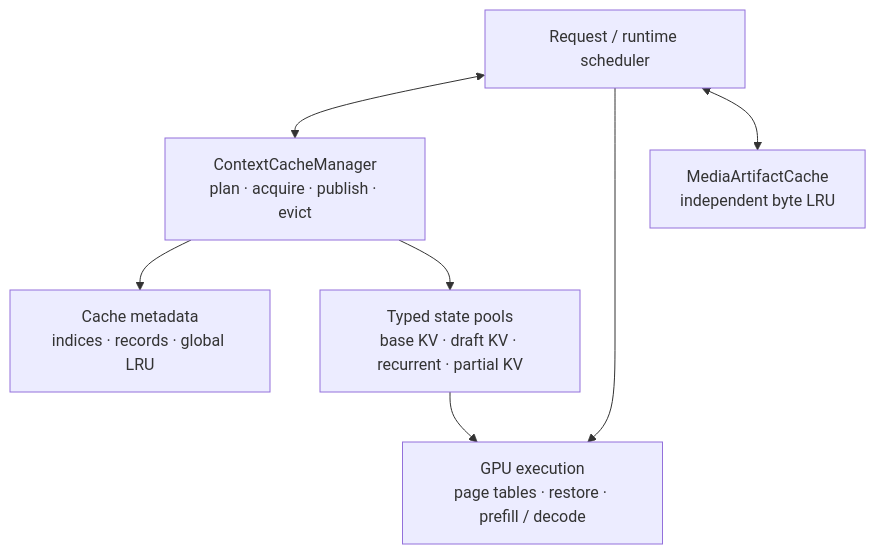
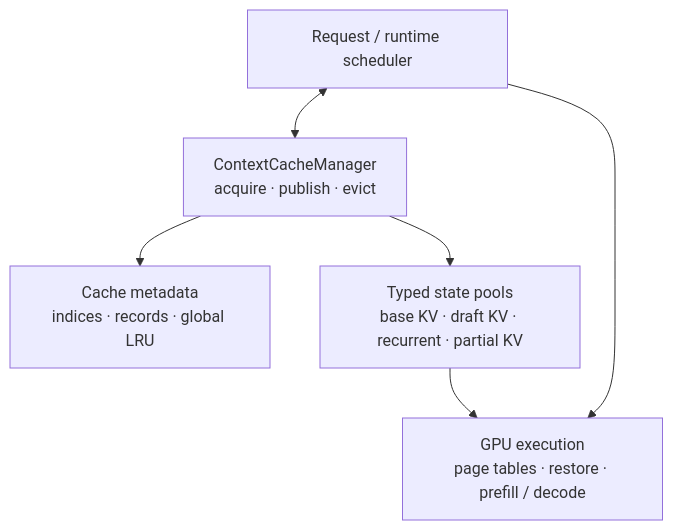
One commit to ConstBob/TensorRT-Edge-LLM changed the first of 3 diagrams in design/in_progress/production_context_cache_design.md. Above: the diagram before and after it, drawn with Mermaid. The commit also changed other lines of this file and 117 other files, not shown here.

````diff
--- a/design/in_progress/production_context_cache_design.md
+++ b/design/in_progress/production_context_cache_design.md
@@ -131,16 +194,13 @@
 ```mermaid
 flowchart TB
     Runtime[Request / runtime scheduler]
-    Manager[ContextCacheManager<br/>plan · acquire · publish · evict]
+    Manager[ContextCacheManager<br/>acquire · publish · evict]
     Metadata[Cache metadata<br/>indices · records · global LRU]
     Pools[Typed state pools<br/>base KV · draft KV · recurrent · partial KV]
     GPU[GPU execution<br/>page tables · restore · prefill / decode]
-    Media[MediaArtifactCache<br/>independent byte LRU]
-
     Runtime <--> Manager
     Manager --> Metadata
     Manager --> Pools
     Runtime --> GPU
     Pools --> GPU
-    Runtime <--> Media
 ```
````
